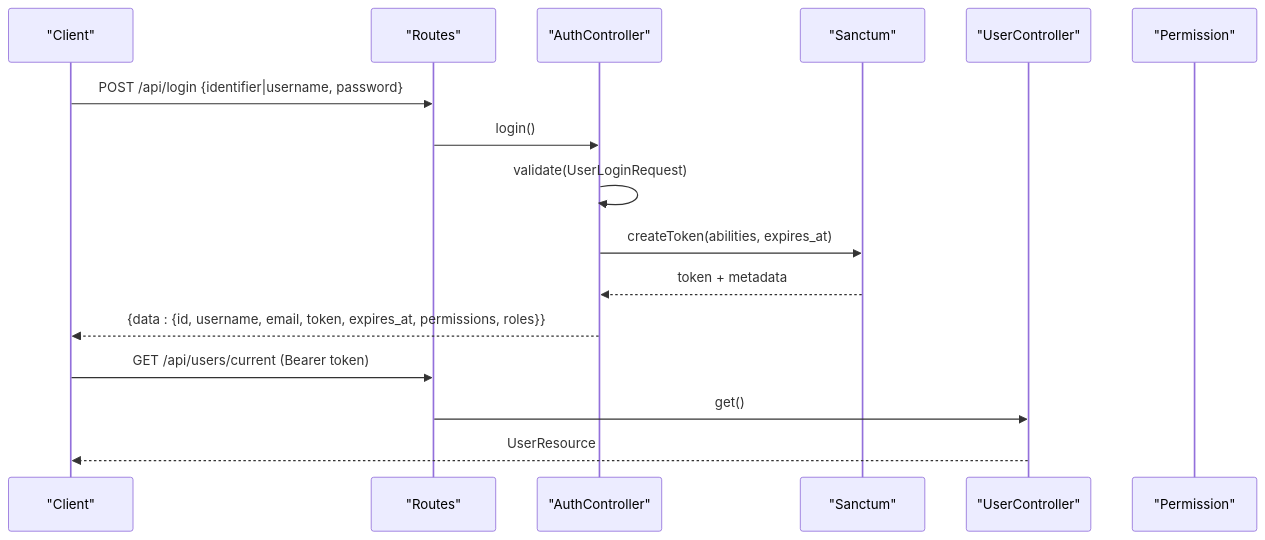
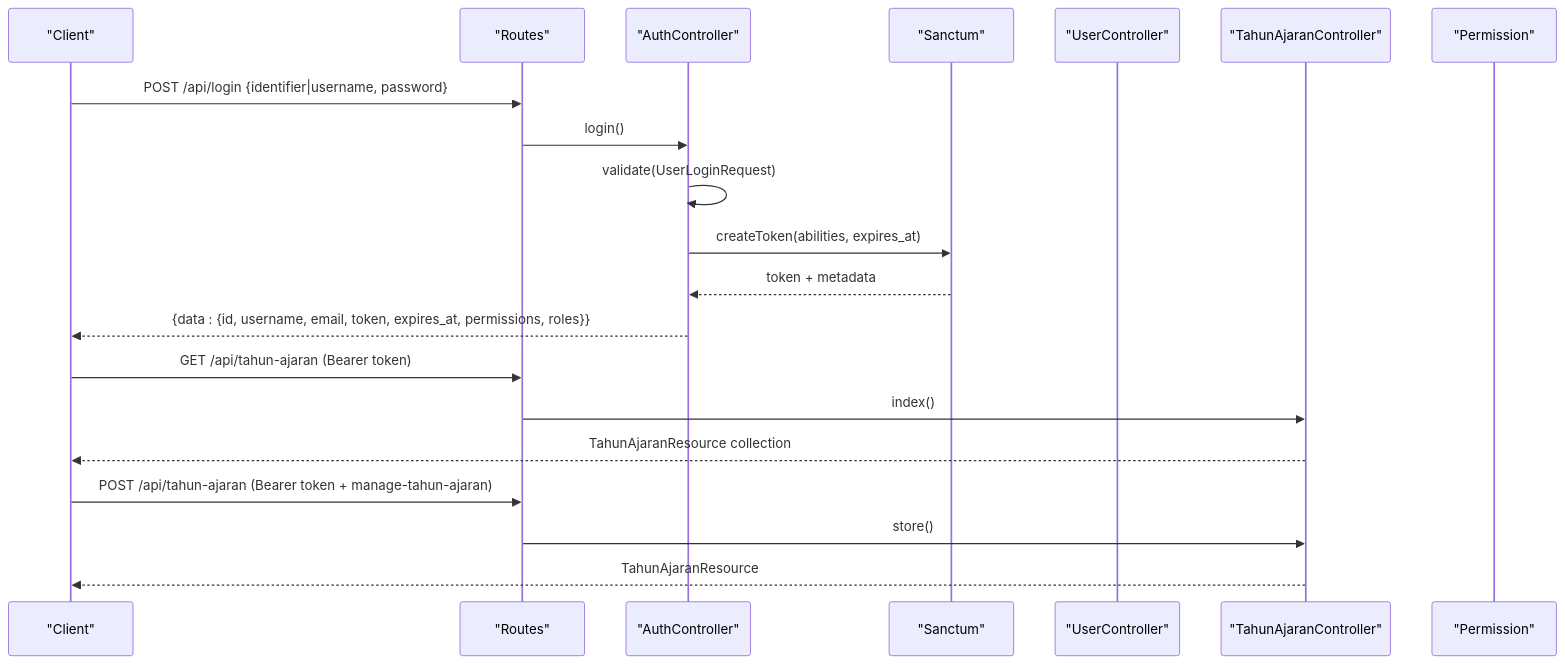
One commit to Fathurrahman-R/Manajemen-Keuangan-dan-SPP-Handayani changed the second of 3 diagrams in .qoder/repowiki/en/content/API Documentation/API Documentation.md. Above: the diagram before and after it, drawn with Mermaid. The commit also changed other lines of this file and 77 other files, not shown here.

````diff
--- a/.qoder/repowiki/en/content/API Documentation/API Documentation.md
+++ b/.qoder/repowiki/en/content/API Documentation/API Documentation.md
@@ -104,18 +119,22 @@
 ```mermaid
 sequenceDiagram
 participant C as "Client"
 participant R as "Routes"
 participant A as "AuthController"
 participant S as "Sanctum"
 participant U as "UserController"
+participant T as "TahunAjaranController"
 participant P as "Permission"
 C->>R : POST /api/login {identifier|username, password}
 R->>A : login()
 A->>A : validate(UserLoginRequest)
 A->>S : createToken(abilities, expires_at)
 S-->>A : token + metadata
 A-->>C : {data : {id, username, email, token, expires_at, permissions, roles}}
-C->>R : GET /api/users/current (Bearer token)
-R->>U : get()
-U-->>C : UserResource
+C->>R : GET /api/tahun-ajaran (Bearer token)
+R->>T : index()
+T-->>C : TahunAjaranResource collection
+C->>R : POST /api/tahun-ajaran (Bearer token + manage-tahun-ajaran)
+R->>T : store()
+T-->>C : TahunAjaranResource
 ```
````
